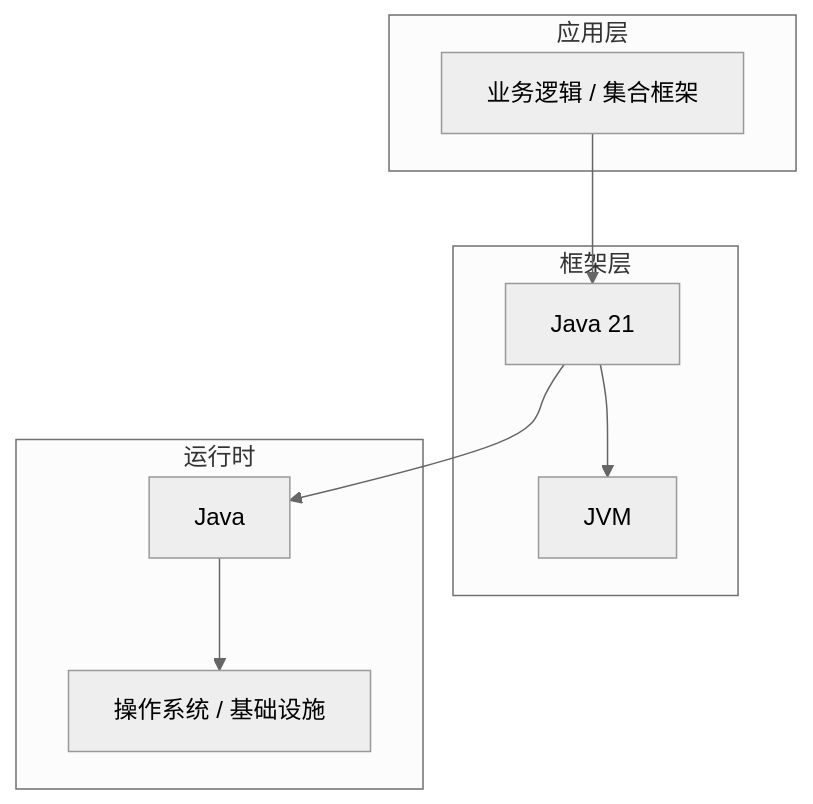
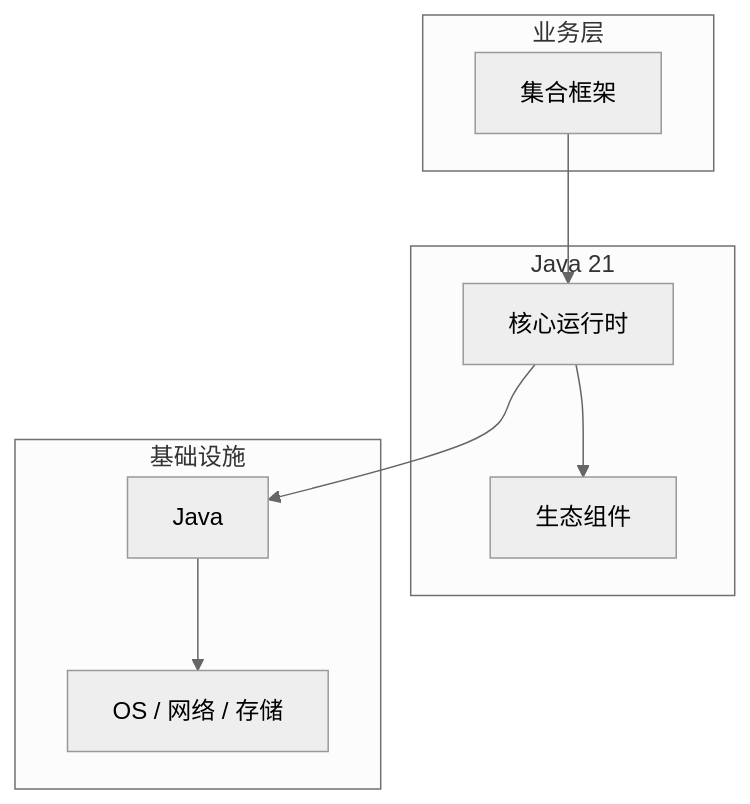
The diagram in articles/Java核心/chapters/021-集合框架核心概念与原理.md (yanggan2015/knowledge-json-v2), drawn with Mermaid (neutral theme) before and after one commit. The commit also changed other lines of this file and 10127 other files, not shown here.

````diff
--- a/articles/Java核心/chapters/021-集合框架核心概念与原理.md
+++ b/articles/Java核心/chapters/021-集合框架核心概念与原理.md
@@ -45,18 +34,18 @@
 ```mermaid
 graph TB
-    subgraph 应用层
-        A[业务逻辑 / 集合框架]
+    subgraph 业务层
+        A[集合框架]
     end
-    subgraph 框架层
-        B[Java 21]
-        C[JVM]
+    subgraph Java 21
+        B[核心运行时]
+        C[生态组件]
     end
-    subgraph 运行时
+    subgraph 基础设施
         D[Java]
-        E[操作系统 / 基础设施]
+        E[OS / 网络 / 存储]
     end
     A --> B
     B --> C
     B --> D
     D --> E
 ```
````
